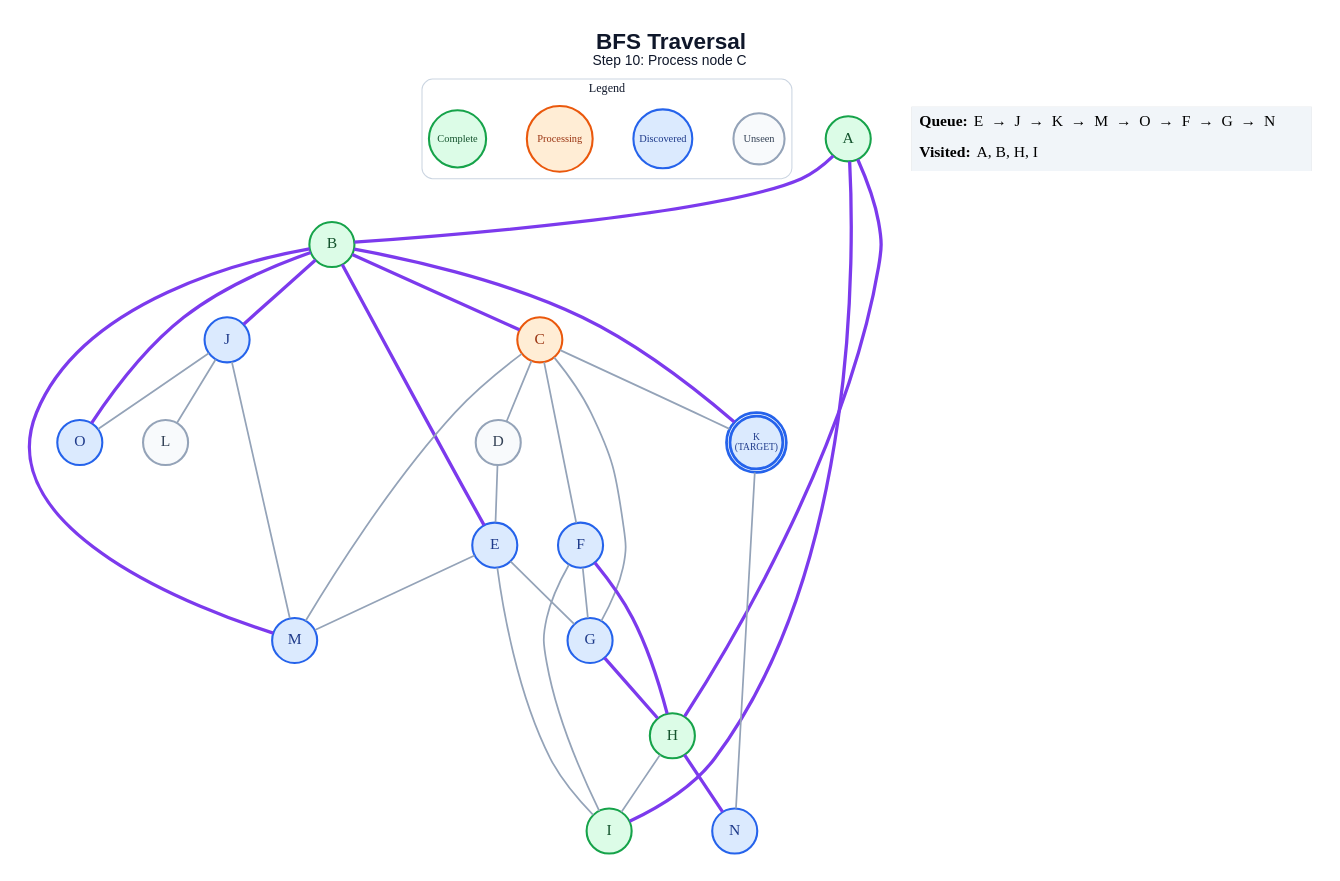
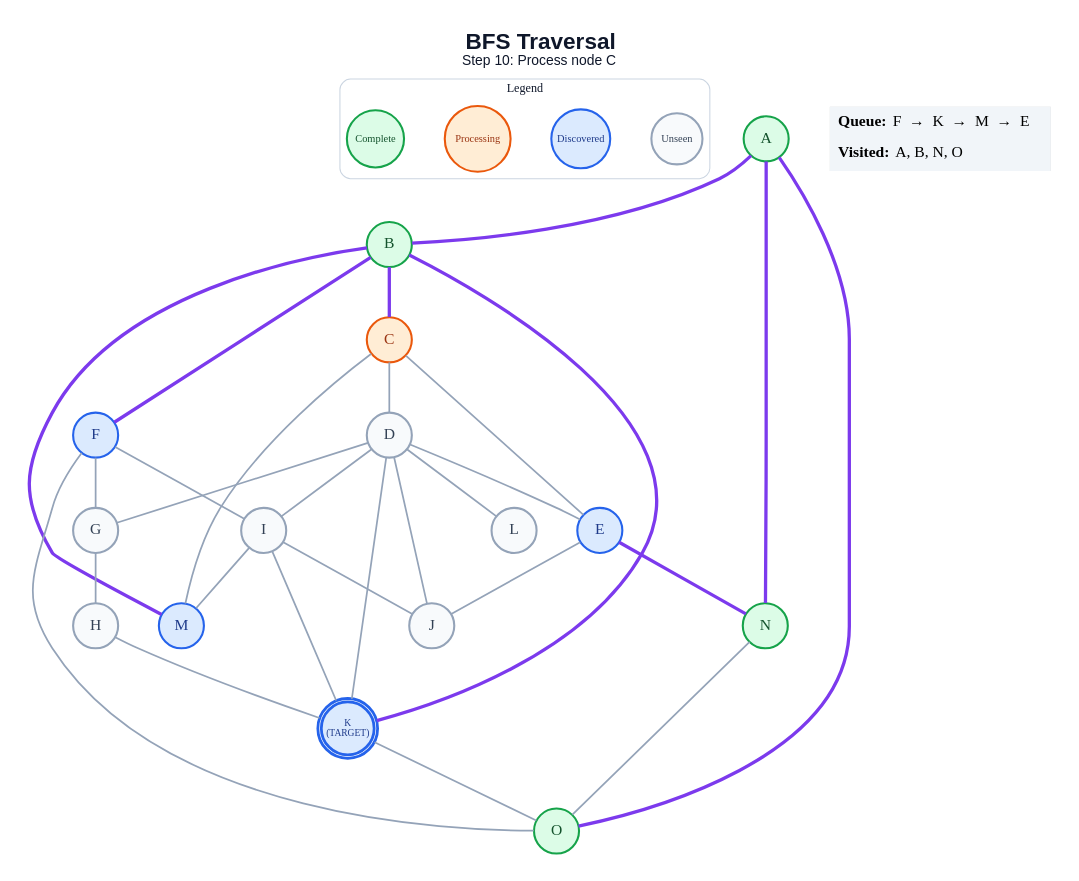
The diagram in generated/bfs/step_10.dot (anon7238593-create/ai-slop), drawn with Graphviz before and after one commit. The commit also changed 213 other files, not shown here.

```diff
--- a/generated/bfs/step_10.dot
+++ b/generated/bfs/step_10.dot
@@ -1,62 +1,62 @@
 graph traversal {
   graph [layout=dot, rankdir=TB, bgcolor="#FFFFFF", pad="0.35", nodesep="0.65", ranksep="0.8", fontname="Arial"];
   node [shape=circle, style="filled", fontname="Arial Bold", fontsize=18, width=0.72, fixedsize=true, penwidth=2.4];
   edge [color="#94A3B8", penwidth=2.0];
   label=<<B>BFS Traversal</B><BR/><FONT POINT-SIZE="16">Step 10: Process node C</FONT>>; labelloc="t"; fontsize=26; fontname="Arial"; fontcolor="#0F172A";
   subgraph cluster_legend { label="Legend"; color="#CBD5E1"; penwidth=1.2; style="rounded"; fontsize=14; fontname="Arial Bold";
     key_unseen [label="Unseen", fillcolor="#F8FAFC", color="#94A3B8", fontcolor="#334155", fontsize=12, width=0.82];
     key_frontier [label="Discovered", fillcolor="#DBEAFE", color="#2563EB", fontcolor="#1E3A8A", fontsize=12, width=0.95];
     key_current [label="Processing", fillcolor="#FFEDD5", color="#EA580C", fontcolor="#9A3412", fontsize=12, width=1.05];
     key_done [label="Complete", fillcolor="#DCFCE7", color="#16A34A", fontcolor="#14532D", fontsize=12, width=0.92];
     { rank=same; key_unseen; key_frontier; key_current; key_done; }
   }
   A [label="A", fillcolor="#DCFCE7", color="#16A34A", fontcolor="#14532D", peripheries=1, penwidth=2.4];
   B [label="B", fillcolor="#DCFCE7", color="#16A34A", fontcolor="#14532D", peripheries=1, penwidth=2.4];
   C [label="C", fillcolor="#FFEDD5", color="#EA580C", fontcolor="#9A3412", peripheries=1, penwidth=2.4];
   D [label="D", fillcolor="#F8FAFC", color="#94A3B8", fontcolor="#334155", peripheries=1, penwidth=2.4];
   E [label="E", fillcolor="#DBEAFE", color="#2563EB", fontcolor="#1E3A8A", peripheries=1, penwidth=2.4];
   F [label="F", fillcolor="#DBEAFE", color="#2563EB", fontcolor="#1E3A8A", peripheries=1, penwidth=2.4];
-  G [label="G", fillcolor="#DBEAFE", color="#2563EB", fontcolor="#1E3A8A", peripheries=1, penwidth=2.4];
-  H [label="H", fillcolor="#DCFCE7", color="#16A34A", fontcolor="#14532D", peripheries=1, penwidth=2.4];
-  I [label="I", fillcolor="#DCFCE7", color="#16A34A", fontcolor="#14532D", peripheries=1, penwidth=2.4];
-  J [label="J", fillcolor="#DBEAFE", color="#2563EB", fontcolor="#1E3A8A", peripheries=1, penwidth=2.4];
+  G [label="G", fillcolor="#F8FAFC", color="#94A3B8", fontcolor="#334155", peripheries=1, penwidth=2.4];
+  H [label="H", fillcolor="#F8FAFC", color="#94A3B8", fontcolor="#334155", peripheries=1, penwidth=2.4];
+  I [label="I", fillcolor="#F8FAFC", color="#94A3B8", fontcolor="#334155", peripheries=1, penwidth=2.4];
+  J [label="J", fillcolor="#F8FAFC", color="#94A3B8", fontcolor="#334155", peripheries=1, penwidth=2.4];
   K [label="K\n(TARGET)", fillcolor="#DBEAFE", color="#2563EB", fontcolor="#1E3A8A", peripheries=2, penwidth=3.2, fontsize=11, width=0.85, height=0.85];
   L [label="L", fillcolor="#F8FAFC", color="#94A3B8", fontcolor="#334155", peripheries=1, penwidth=2.4];
   M [label="M", fillcolor="#DBEAFE", color="#2563EB", fontcolor="#1E3A8A", peripheries=1, penwidth=2.4];
-  N [label="N", fillcolor="#DBEAFE", color="#2563EB", fontcolor="#1E3A8A", peripheries=1, penwidth=2.4];
-  O [label="O", fillcolor="#DBEAFE", color="#2563EB", fontcolor="#1E3A8A", peripheries=1, penwidth=2.4];
+  N [label="N", fillcolor="#DCFCE7", color="#16A34A", fontcolor="#14532D", peripheries=1, penwidth=2.4];
+  O [label="O", fillcolor="#DCFCE7", color="#16A34A", fontcolor="#14532D", peripheries=1, penwidth=2.4];
   A -- B [color="#7C3AED", penwidth=3.8];
-  A -- H [color="#7C3AED", penwidth=3.8];
-  A -- I [color="#7C3AED", penwidth=3.8];
+  A -- N [color="#7C3AED", penwidth=3.8];
+  A -- O [color="#7C3AED", penwidth=3.8];
   B -- C [color="#7C3AED", penwidth=3.8];
-  B -- E [color="#7C3AED", penwidth=3.8];
-  B -- J [color="#7C3AED", penwidth=3.8];
+  B -- F [color="#7C3AED", penwidth=3.8];
   B -- K [color="#7C3AED", penwidth=3.8];
   B -- M [color="#7C3AED", penwidth=3.8];
-  B -- O [color="#7C3AED", penwidth=3.8];
   C -- D;
-  C -- F;
-  C -- G;
-  C -- K;
+  C -- E;
   C -- M;
   D -- E;
-  E -- G;
-  E -- I;
-  E -- M;
+  D -- G;
+  D -- I;
+  D -- J;
+  D -- K;
+  D -- L;
+  E -- J;
+  E -- N [color="#7C3AED", penwidth=3.8];
   F -- G;
-  F -- H [color="#7C3AED", penwidth=3.8];
   F -- I;
-  G -- H [color="#7C3AED", penwidth=3.8];
-  H -- I;
-  H -- N [color="#7C3AED", penwidth=3.8];
-  J -- L;
-  J -- M;
-  J -- O;
-  K -- N;
+  F -- O;
+  G -- H;
+  H -- K;
+  I -- J;
+  I -- K;
+  I -- M;
+  K -- O;
+  N -- O;
   status [shape=plain, fixedsize=false, width=0, height=0, margin=0, label=<
     <TABLE BORDER="0" CELLBORDER="0" CELLPADDING="7" BGCOLOR="#F1F5F9">
-      <TR><TD ALIGN="LEFT"><B>Queue:</B> E  →  J  →  K  →  M  →  O  →  F  →  G  →  N</TD></TR>
-      <TR><TD ALIGN="LEFT"><B>Visited:</B> A, B, H, I</TD></TR>
+      <TR><TD ALIGN="LEFT"><B>Queue:</B> F  →  K  →  M  →  E</TD></TR>
+      <TR><TD ALIGN="LEFT"><B>Visited:</B> A, B, N, O</TD></TR>
     </TABLE>
   >];
 }
```
